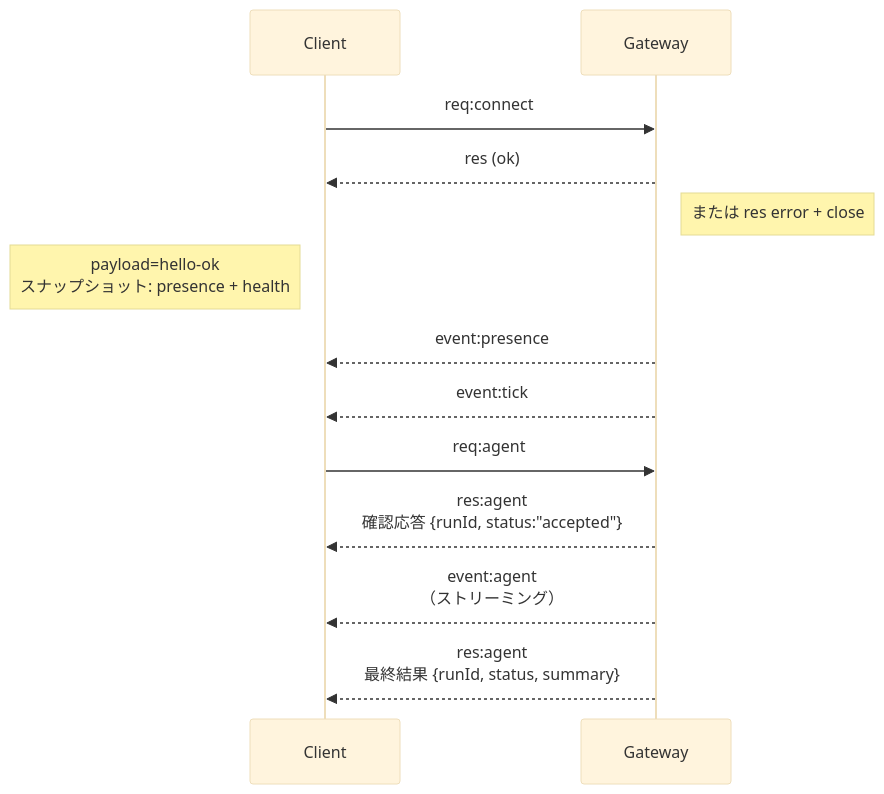
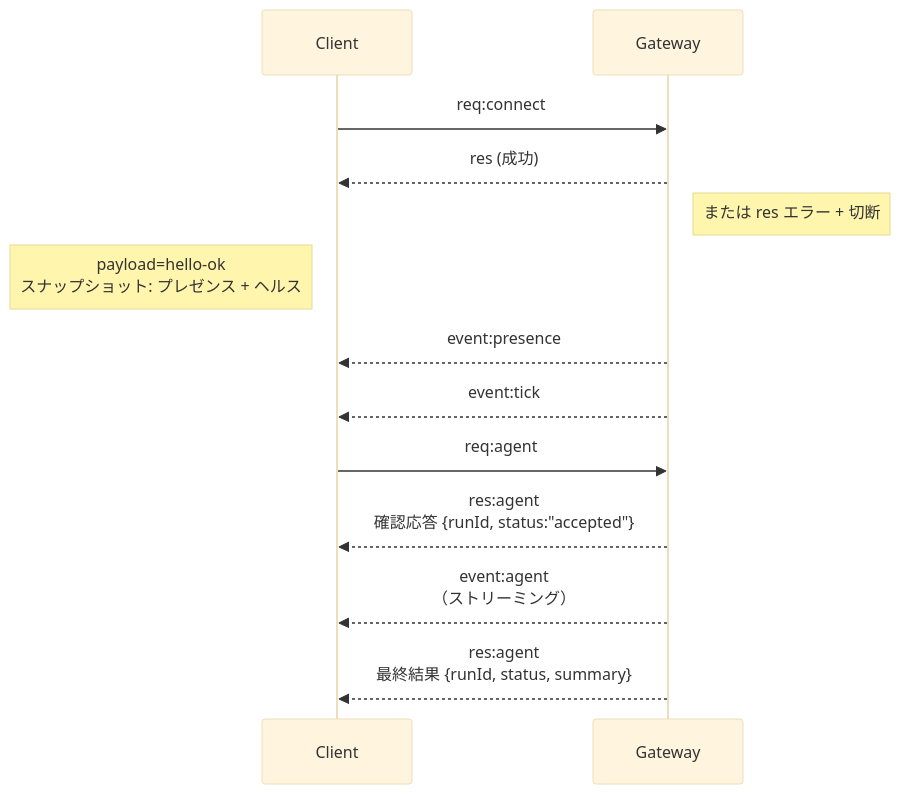
The diagram in openclaw-docs/ja-JP/concepts/architecture.md (is0383kk/ai-docs-sync-workflow), drawn with Mermaid (base theme) before and after one commit. The commit also changed other lines of this file and 11096 other files, not shown here.

````diff
--- a/openclaw-docs/ja-JP/concepts/architecture.md
+++ b/openclaw-docs/ja-JP/concepts/architecture.md
@@ -58,18 +62,18 @@
 ```mermaid
 sequenceDiagram
     participant Client
     participant Gateway
 
     Client->>Gateway: req:connect
-    Gateway-->>Client: res (ok)
-    Note right of Gateway: または res error + close
-    Note left of Client: payload=hello-ok<br>スナップショット: presence + health
+    Gateway-->>Client: res (成功)
+    Note right of Gateway: または res エラー + 切断
+    Note left of Client: payload=hello-ok<br>スナップショット: プレゼンス + ヘルス
 
     Gateway-->>Client: event:presence
     Gateway-->>Client: event:tick
 
     Client->>Gateway: req:agent
     Gateway-->>Client: res:agent<br>確認応答 {runId, status:"accepted"}
     Gateway-->>Client: event:agent<br>（ストリーミング）
     Gateway-->>Client: res:agent<br>最終結果 {runId, status, summary}
 ```
````
